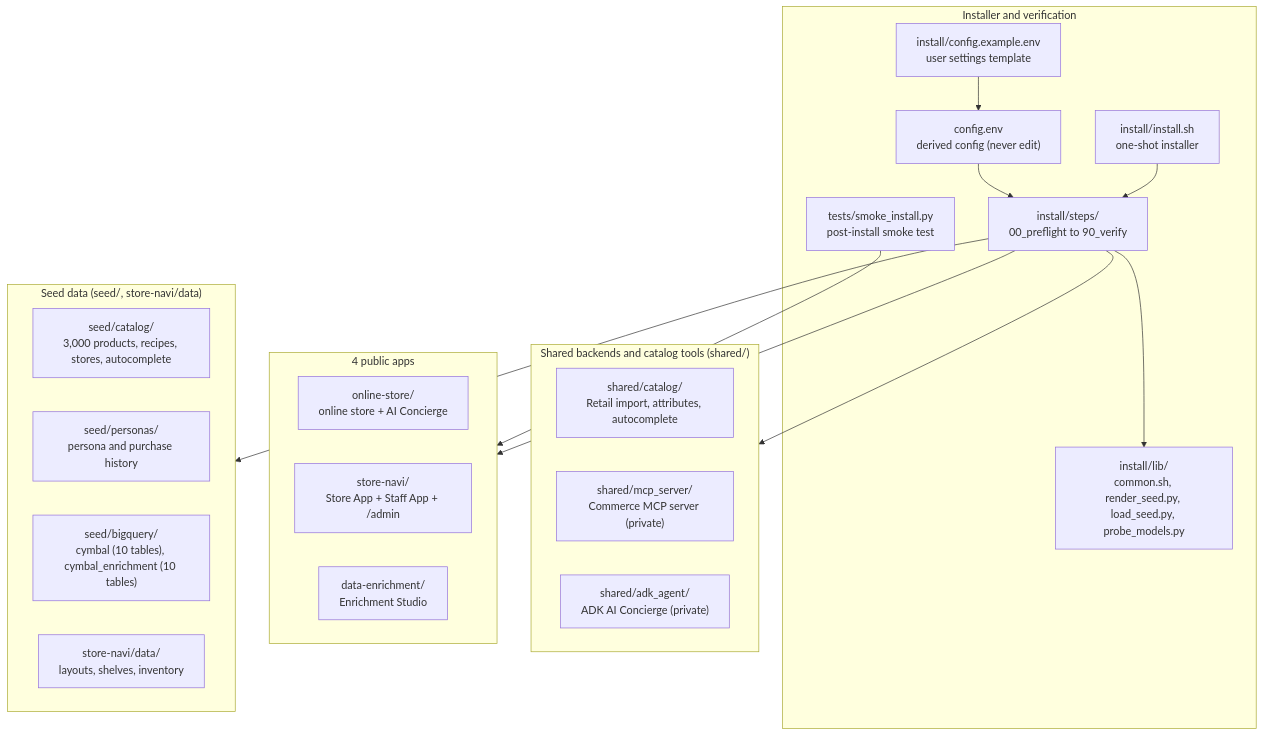
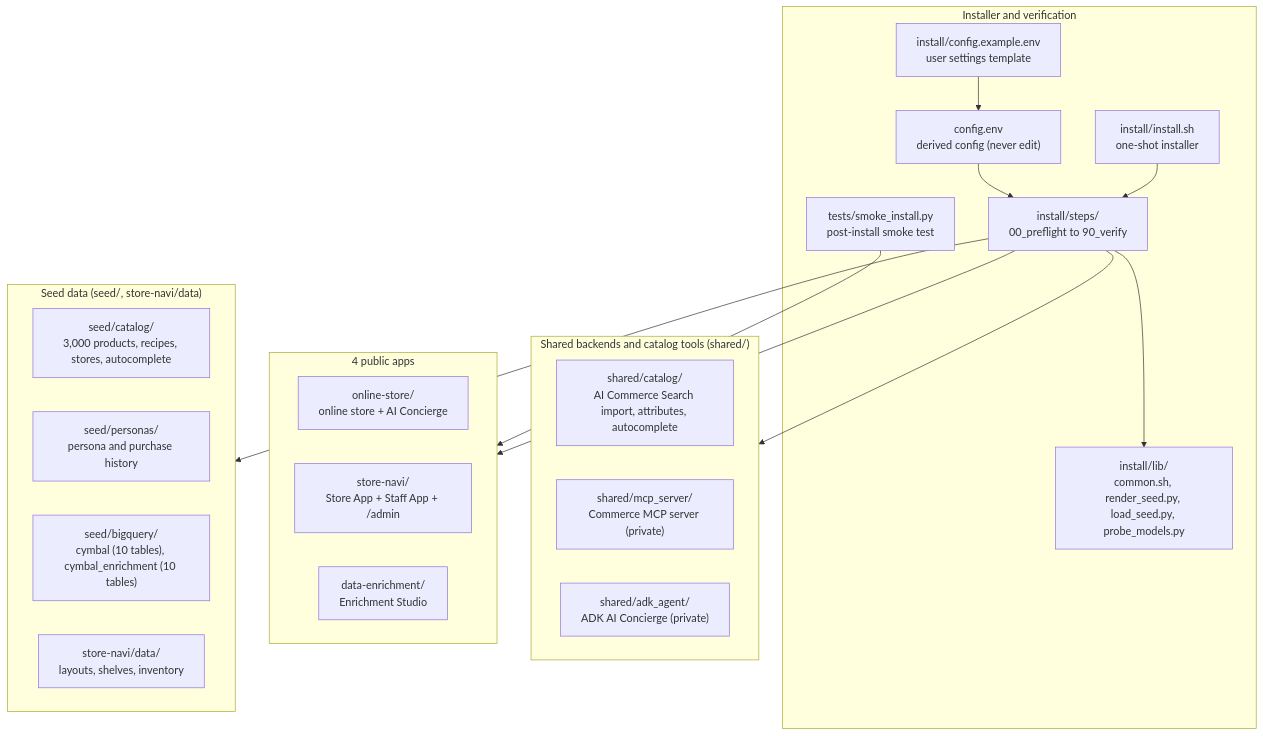
One commit to minsoojun-cloud/cymbal-retail-agentic-commerce-en-demo changed the diagram in AGENTS.md. Above: the diagram before and after it, drawn with Mermaid. The commit also changed other lines of this file and 27 other files, not shown here.

First line of the commit message:
fix(naming): rename product to "AI Commerce Search" in apps, installer and docs

````diff
--- a/AGENTS.md
+++ b/AGENTS.md
@@ -30,35 +30,35 @@
 ```mermaid
 flowchart TB
   subgraph Install["Installer and verification"]
     INS["install/install.sh<br/>one-shot installer"]
     CFG["install/config.example.env<br/>user settings template"]
     DER["config.env<br/>derived config (never edit)"]
     LIB["install/lib/<br/>common.sh, render_seed.py, load_seed.py, probe_models.py"]
     STP["install/steps/<br/>00_preflight to 90_verify"]
     SMK["tests/smoke_install.py<br/>post-install smoke test"]
   end
 
   subgraph Shared["Shared backends and catalog tools (shared/)"]
-    CAT["shared/catalog/<br/>Retail import, attributes, autocomplete"]
+    CAT["shared/catalog/<br/>AI Commerce Search import, attributes, autocomplete"]
     MCP["shared/mcp_server/<br/>Commerce MCP server (private)"]
     ADK["shared/adk_agent/<br/>ADK AI Concierge (private)"]
   end
 
   subgraph Apps["4 public apps"]
     OS["online-store/<br/>online store + AI Concierge"]
     SN["store-navi/<br/>Store App + Staff App + /admin"]
     EN["data-enrichment/<br/>Enrichment Studio"]
   end
 
   subgraph Seed["Seed data (seed/, store-navi/data)"]
     SC["seed/catalog/<br/>3,000 products, recipes, stores, autocomplete"]
     SP["seed/personas/<br/>persona and purchase history"]
     SB["seed/bigquery/<br/>cymbal (10 tables), cymbal_enrichment (10 tables)"]
     SD["store-navi/data/<br/>layouts, shelves, inventory"]
   end
 
   INS --> STP --> LIB
   CFG --> DER --> STP
   STP --> Shared & Apps & Seed
   SMK --> Apps
 ```
````
